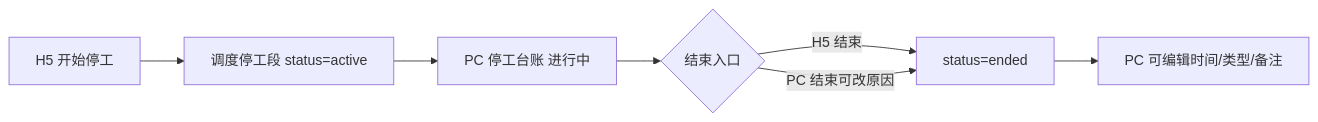
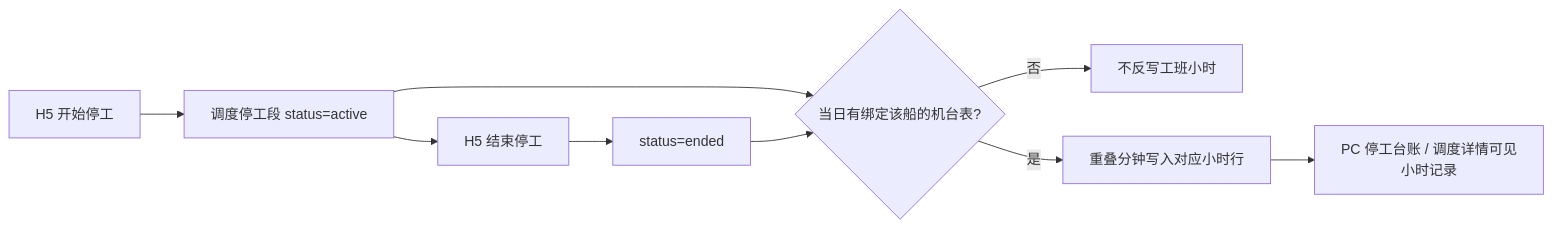
The third of 7 diagrams in docs/versions/v1.1.0/prd.md (liaoliao66/TOS), drawn with Mermaid before and after one commit. The commit also changed other lines of this file and 11 other files, not shown here.

````diff
--- a/docs/versions/v1.1.0/prd.md
+++ b/docs/versions/v1.1.0/prd.md
@@ -372,9 +415,11 @@
 ```mermaid
 flowchart LR
   A[H5 开始停工] --> B[调度停工段 status=active]
-  B --> C[PC 停工台账 进行中]
-  C --> D{结束入口}
-  D -->|H5 结束| E[status=ended]
-  D -->|PC 结束可改原因| E
-  E --> F[PC 可编辑时间/类型/备注]
+  B --> C{当日有绑定该船的机台表?}
+  C -->|否| D[不反写工班小时]
+  C -->|是| E[重叠分钟写入对应小时行]
+  E --> F[PC 停工台账 / 调度详情可见小时记录]
+  B --> G[H5 结束停工]
+  G --> H[status=ended]
+  H --> C
 ```
````
